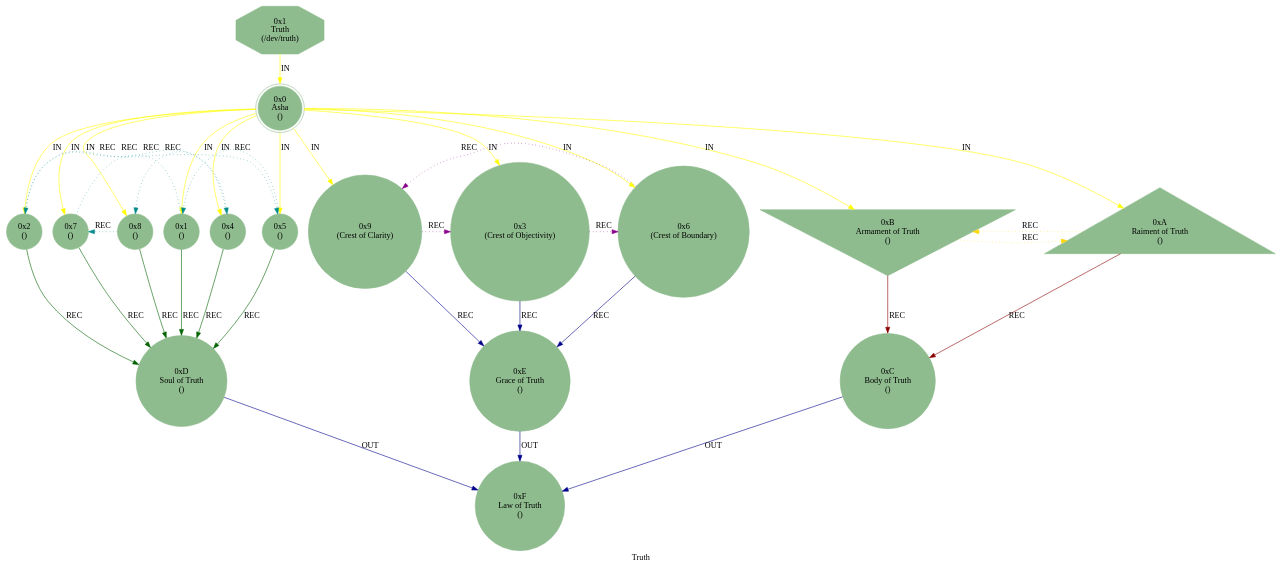
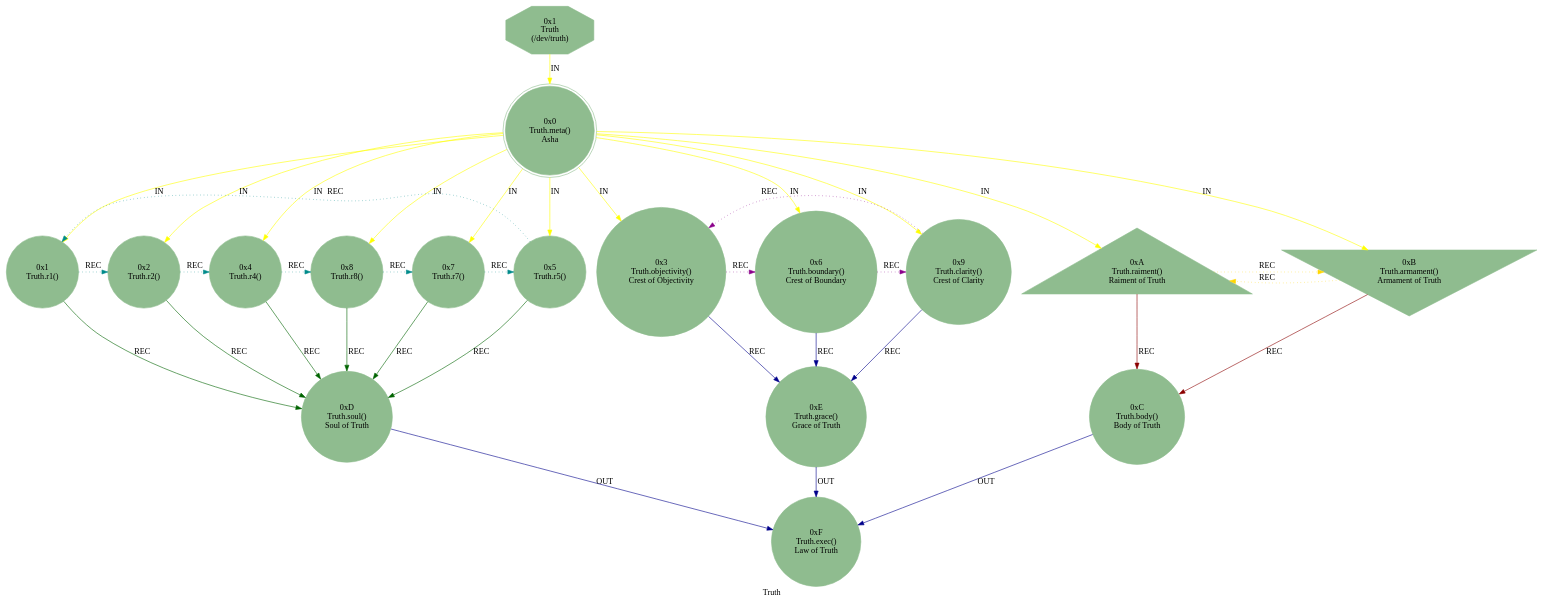
Before and after one commit to cilang/mythos: the diagram in src/core/mythos_dev_truth.dot, drawn with Graphviz. The commit also changed 22 other files, not shown here.

```diff
--- a/src/core/mythos_dev_truth.dot
+++ b/src/core/mythos_dev_truth.dot
@@ -1,41 +1,42 @@
 strict digraph G {
     label = "Truth";
     style = filled;
     color = blue;
     comment = "";
     node [shape = polygon; sides = 8; style = filled; color = darkseagreen;];
     
     spark_1_mythos_t [label = "0x1\nTruth\n(/dev/truth)";];
     
-    spark_0_truth_t [label = "0x0\nAsha\n()";shape = doublecircle;comment = "";];
-    spark_1_truth_t [label = "0x1\n()";shape = circle;comment = "";];
-    spark_2_truth_t [label = "0x2\n()";shape = circle;comment = "";];
-    spark_3_truth_t [label = "0x3\n(Crest of Objectivity)";shape = circle;comment = "";];
-    spark_4_truth_t [label = "0x4\n()";shape = circle;comment = "";];
-    spark_5_truth_t [label = "0x5\n()";shape = circle;comment = "";];
-    spark_6_truth_t [label = "0x6\n(Crest of Boundary)";shape = circle;comment = "";];
-    spark_7_truth_t [label = "0x7\n()";shape = circle;comment = "";];
-    spark_8_truth_t [label = "0x8\n()";shape = circle;comment = "";];
-    spark_9_truth_t [label = "0x9\n(Crest of Clarity)";shape = circle;comment = "";];
-    spark_a_truth_t [label = "0xA\nRaiment of Truth\n()";shape = triangle;comment = "";];
-    spark_b_truth_t [label = "0xB\nArmament of Truth\n()";shape = invtriangle;comment = "";];
-    spark_c_truth_t [label = "0xC\nBody of Truth\n()";shape = circle;comment = "";];
-    spark_d_truth_t [label = "0xD\nSoul of Truth\n()";shape = circle;comment = "";];
-    spark_e_truth_t [label = "0xE\nGrace of Truth\n()";shape = circle;comment = "";];
-    spark_f_truth_t [label = "0xF\nLaw of Truth\n()";shape = circle;comment = "";];
+    // r0::meta();r1,r2,r4,r8,r7,r5;r3,r6,r;ra::receive(),rb::send(),rc::dispatch(),rd::commit(),re::serve(),rf::exec()
+    spark_0_truth_t [label = "0x0\nTruth.meta()\nAsha";shape = doublecircle;comment = "";];
+    spark_1_truth_t [label = "0x1\nTruth.r1()\n";shape = circle;comment = "";];
+    spark_2_truth_t [label = "0x2\nTruth.r2()\n";shape = circle;comment = "";];
+    spark_4_truth_t [label = "0x4\nTruth.r4()\n";shape = circle;comment = "";];
+    spark_8_truth_t [label = "0x8\nTruth.r8()\n";shape = circle;comment = "";];
+    spark_7_truth_t [label = "0x7\nTruth.r7()\n";shape = circle;comment = "";];
+    spark_5_truth_t [label = "0x5\nTruth.r5()\n";shape = circle;comment = "";];
+    spark_3_truth_t [label = "0x3\nTruth.objectivity()\nCrest of Objectivity";shape = circle;comment = "";];
+    spark_6_truth_t [label = "0x6\nTruth.boundary()\nCrest of Boundary";shape = circle;comment = "";];
+    spark_9_truth_t [label = "0x9\nTruth.clarity()\nCrest of Clarity";shape = circle;comment = "";];
+    spark_a_truth_t [label = "0xA\nTruth.raiment()\nRaiment of Truth";shape = triangle;comment = "";];
+    spark_b_truth_t [label = "0xB\nTruth.armament()\nArmament of Truth";shape = invtriangle;comment = "";];
+    spark_c_truth_t [label = "0xC\nTruth.body()\nBody of Truth";shape = circle;comment = "";];
+    spark_d_truth_t [label = "0xD\nTruth.soul()\nSoul of Truth";shape = circle;comment = "";];
+    spark_e_truth_t [label = "0xE\nTruth.grace()\nGrace of Truth";shape = circle;comment = "";];
+    spark_f_truth_t [label = "0xF\nTruth.exec()\nLaw of Truth";shape = circle;comment = "";];
     
     // IN = Input
     // OUT = Output
     // REC = Recursion
     spark_1_mythos_t -> spark_0_truth_t -> {spark_a_truth_t spark_b_truth_t spark_1_truth_t spark_2_truth_t spark_3_truth_t spark_4_truth_t spark_5_truth_t spark_6_truth_t spark_7_truth_t spark_8_truth_t spark_9_truth_t} [label = "IN"; color = yellow; comment = "";];
     
     {spark_a_truth_t spark_b_truth_t} -> spark_c_truth_t [label = "REC"; color = darkred; comment = "";];
     {spark_1_truth_t spark_2_truth_t spark_4_truth_t spark_8_truth_t spark_7_truth_t spark_5_truth_t} -> spark_d_truth_t [label = "REC"; color = darkgreen; comment = "";];
     {spark_3_truth_t spark_6_truth_t spark_9_truth_t} -> spark_e_truth_t [label = "REC"; color = darkblue; comment = "";];
     
     spark_1_truth_t -> spark_2_truth_t -> spark_4_truth_t -> spark_8_truth_t -> spark_7_truth_t -> spark_5_truth_t -> spark_1_truth_t [label = "REC"; color = darkcyan; comment = ""; style = dotted; constraint = false;];
     spark_3_truth_t -> spark_6_truth_t -> spark_9_truth_t -> spark_3_truth_t [label = "REC"; color = darkmagenta; comment = ""; style = dotted; constraint = false;];
     spark_a_truth_t -> spark_b_truth_t -> spark_a_truth_t [label = "REC"; color = gold; comment = ""; style = dotted; constraint = false;];
     
     {spark_c_truth_t spark_d_truth_t spark_e_truth_t} -> spark_f_truth_t [label = "OUT"; color = darkblue; comment = "";];
 }
```
